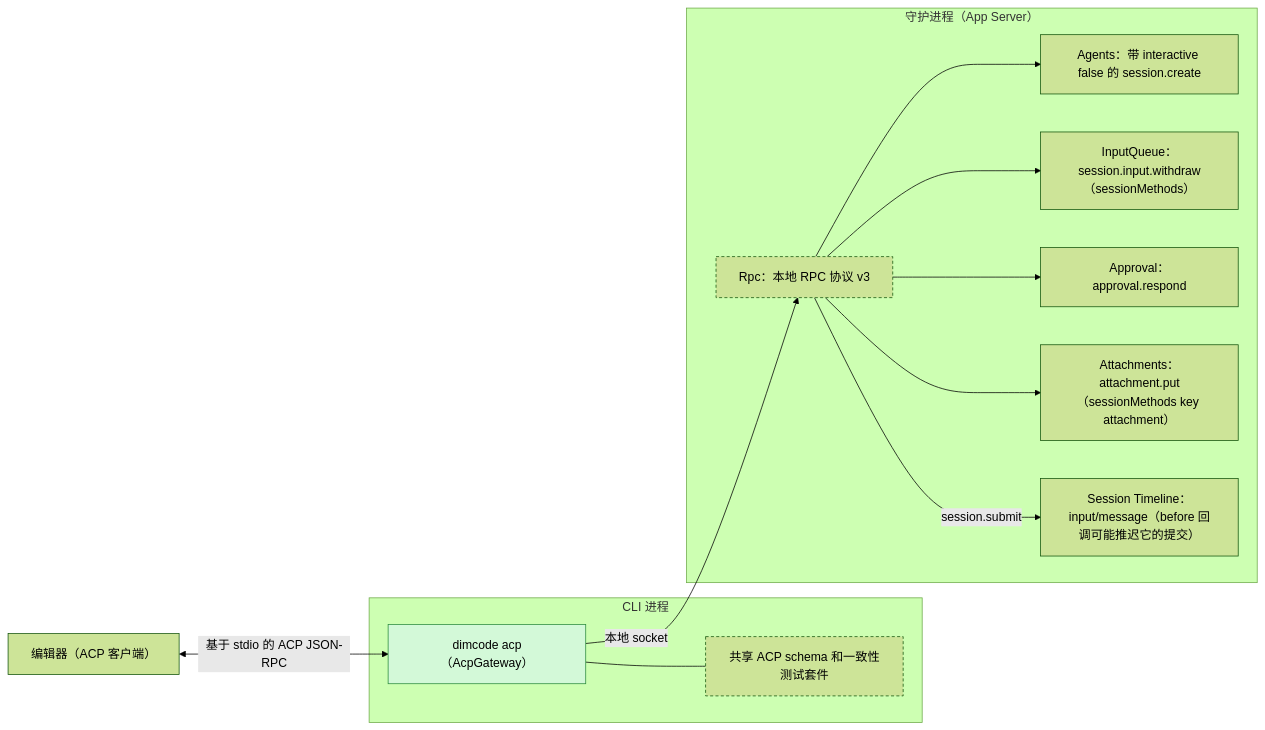
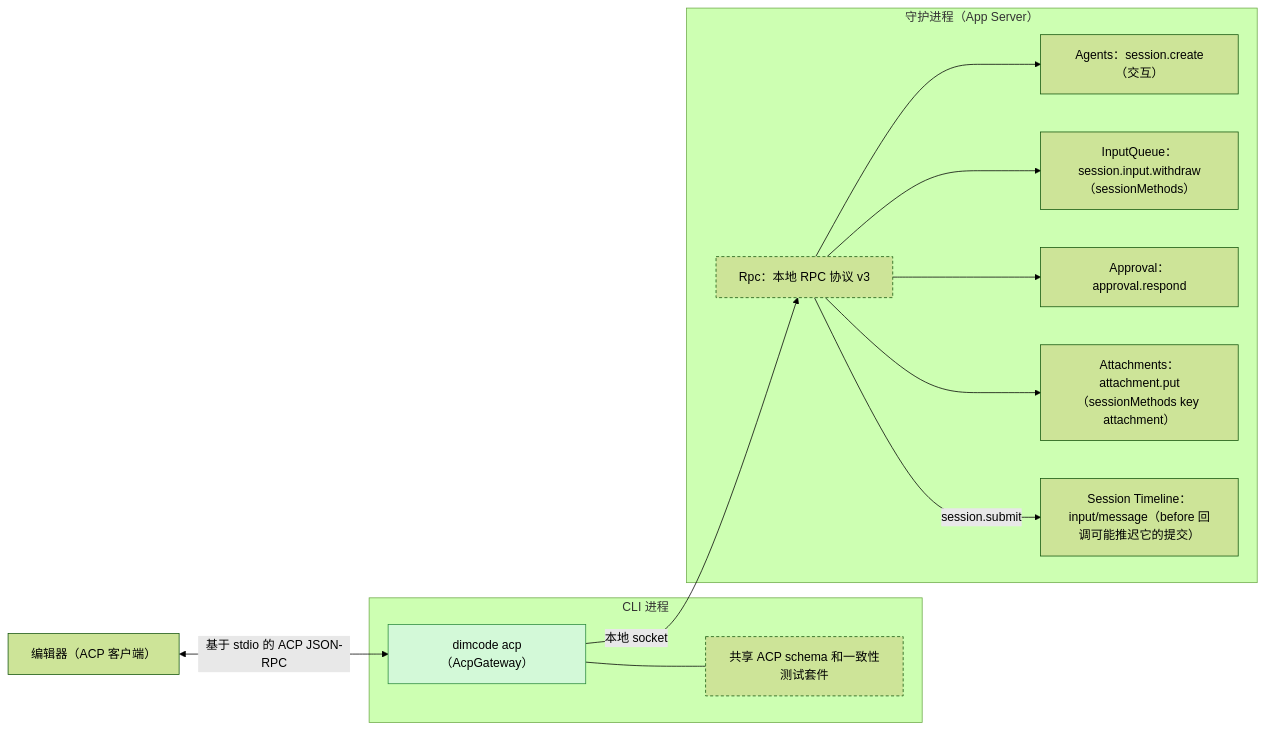
The first of 5 diagrams in docs/zh/design/plugins/AcpGateway.md (CoutinhoTTS/dim-agent), drawn with Mermaid (forest theme) before and after one commit. The commit also changed other lines of this file and 7 other files, not shown here.

````diff
--- a/docs/zh/design/plugins/AcpGateway.md
+++ b/docs/zh/design/plugins/AcpGateway.md
@@ -11,26 +11,26 @@
 ```mermaid
 flowchart LR
   classDef new fill:#d3f9d8,stroke:#2b8a3e,color:#000
   classDef contract stroke-dasharray:4 3
   Editor["编辑器（ACP 客户端）"]
   subgraph cli["CLI 进程"]
     GW["dimcode acp（AcpGateway）"]:::new
     Schema["共享 ACP schema 和一致性测试套件"]:::contract
   end
   subgraph daemon["守护进程（App Server）"]
     Rpc["Rpc：本地 RPC 协议 v3"]:::contract
-    Agents["Agents：带 interactive false 的 session.create"]
+    Agents["Agents：session.create（交互）"]
     IQ["InputQueue：session.input.withdraw（sessionMethods）"]
     Appr["Approval：approval.respond"]
     Att["Attachments：attachment.put（sessionMethods key attachment）"]
     TLD["Session Timeline：input/message（before 回调可能推迟它的提交）"]
   end
   Editor <-->|"基于 stdio 的 ACP JSON-RPC"| GW
   GW --- Schema
   GW -->|"本地 socket"| Rpc
   Rpc --> Agents
   Rpc --> IQ
   Rpc --> Appr
   Rpc --> Att
   Rpc -->|"session.submit"| TLD
 ```
````
